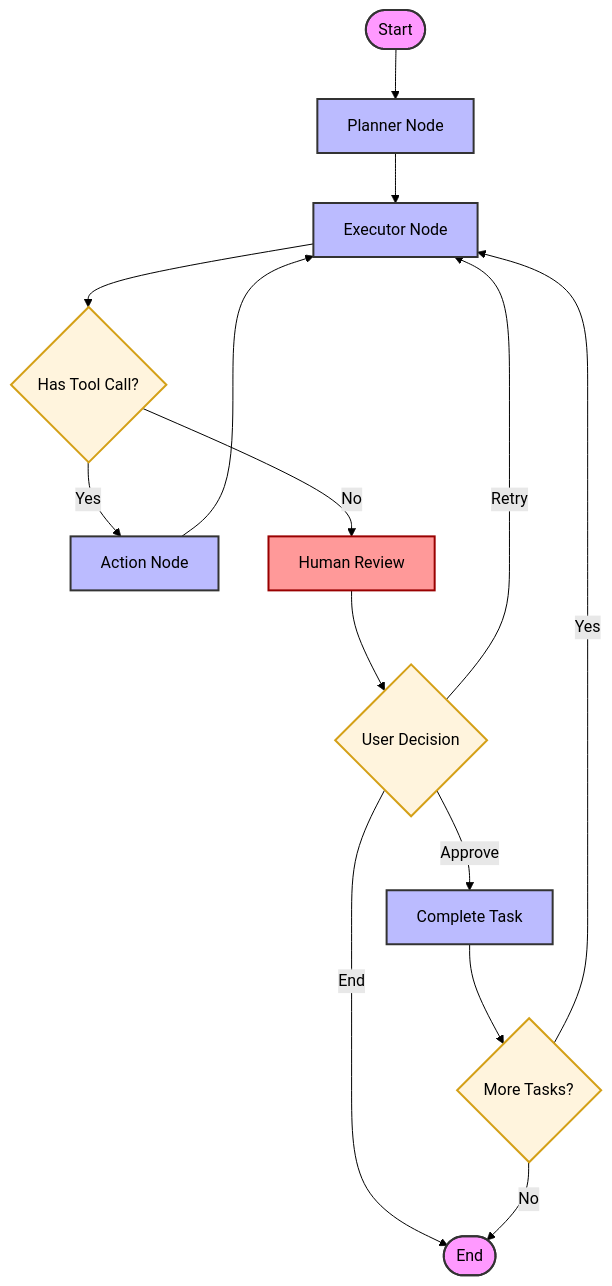
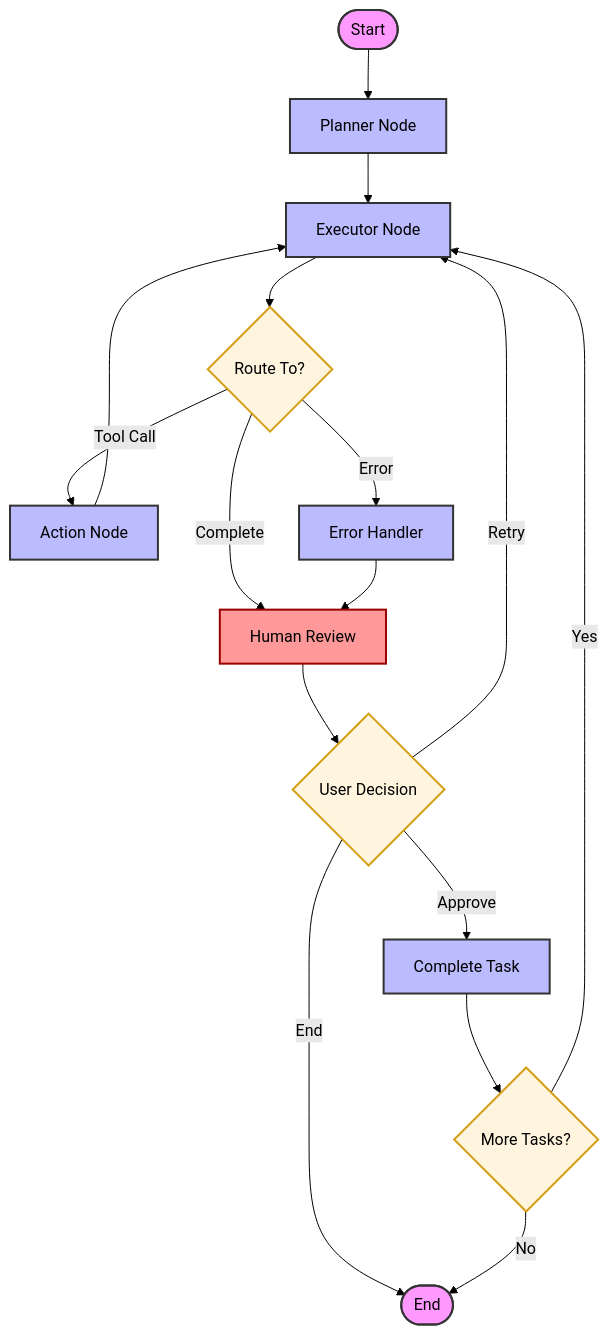
One commit to yoavuzan/Planner-Agent changed the diagram in README.md. Above: the diagram before and after it, drawn with Mermaid (forest theme). The commit also changed other lines of this file, not shown here.

````diff
--- a/README.md
+++ b/README.md
@@ -17,26 +18,28 @@
 ```mermaid
 graph TD
     %% Node Styles
     classDef startEnd fill:#f9f,stroke:#333,stroke-width:2px;
     classDef process fill:#bbf,stroke:#333,stroke-width:2px;
     classDef decision fill:#fff4dd,stroke:#d4a017,stroke-width:2px;
     classDef interrupt fill:#f99,stroke:#900,stroke-width:2px;
 
     Start([Start]):::startEnd --> Planner[Planner Node]:::process
     Planner --> Executor[Executor Node]:::process
     
-    Executor --> ActionCheck{Has Tool Call?}:::decision
-    ActionCheck -- Yes --> Action[Action Node]:::process
+    Executor --> ActionCheck{Route To?}:::decision
+    ActionCheck -- Tool Call --> Action[Action Node]:::process
+    ActionCheck -- Error --> ErrorH[Error Handler]:::process
+    ActionCheck -- Complete --> HumanReview[Human Review]:::interrupt
+    
     Action --> Executor
-    
-    ActionCheck -- No --> HumanReview[Human Review]:::interrupt
+    ErrorH --> HumanReview
     
     HumanReview --> ReviewDecision{User Decision}:::decision
     ReviewDecision -- Approve --> CompleteTask[Complete Task]:::process
     ReviewDecision -- Retry --> Executor
     ReviewDecision -- End --> End([End]):::startEnd
     
     CompleteTask --> ContinueCheck{More Tasks?}:::decision
     ContinueCheck -- Yes --> Executor
     ContinueCheck -- No --> End
 ```
````
